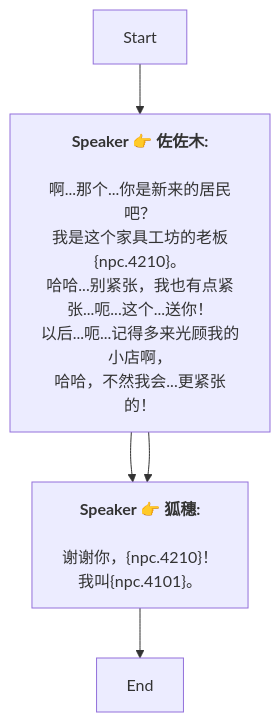
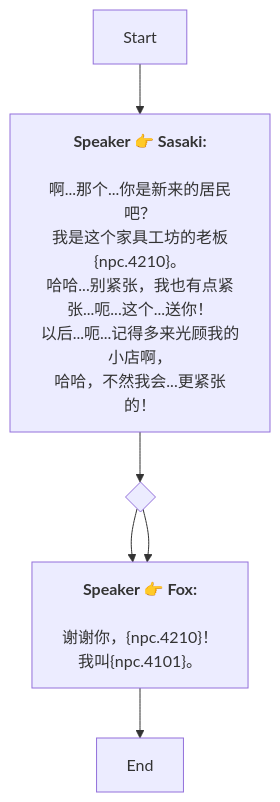
Before and after one commit to SoftHu/tos_avg: the diagram in Zh/QuestTalkObjectiveNode_1768166266109839.md, drawn with Mermaid. The commit also changed 737 other files, not shown here.

````diff
--- a/Zh/QuestTalkObjectiveNode_1768166266109839.md
+++ b/Zh/QuestTalkObjectiveNode_1768166266109839.md
@@ -1,20 +1,17 @@
 ```mermaid
 graph
-Start -->1768166337206163[<b>Speaker 👉 佐佐木:</b>
-
-啊...那个...你是新来的居民吧？
-我是这个家具工坊的老板&lbrace;npc.4210&rbrace;。
-哈哈...别紧张，我也有点紧张...呃...这个...送你！
+Start -->1768166337206163[<b>Speaker 👉 Sasaki:</b>
+\n啊...那个...你是新来的居民吧？
+我是这个家具工坊的老板&lbrace;npc.4210&rbrace;。\n哈哈...别紧张，我也有点紧张...呃...这个...送你！
 以后...呃...记得多来光顾我的小店啊，
 哈哈，不然我会...更紧张的！]
-1768166337206163 -->1768166575083412[<b>Speaker 👉 狐穗:</b>
-
-谢谢你，&lbrace;npc.4210&rbrace;！
+1768166337206163 -->1768166693133205{ }
+1768166693133205 -->1768166575083412[<b>Speaker 👉 Fox:</b>
+\n谢谢你，&lbrace;npc.4210&rbrace;！
 我叫&lbrace;npc.4101&rbrace;。]
-1768166337206163 -->1768166575083412[<b>Speaker 👉 狐穗:</b>
-
-谢谢你，&lbrace;npc.4210&rbrace;！
+1768166693133205 -->1768166575083412[<b>Speaker 👉 Fox:</b>
+\n谢谢你，&lbrace;npc.4210&rbrace;！
 我叫&lbrace;npc.4101&rbrace;。]
 1768166575083412 -->1768166331924370[End]
 
- ```
+```
````
